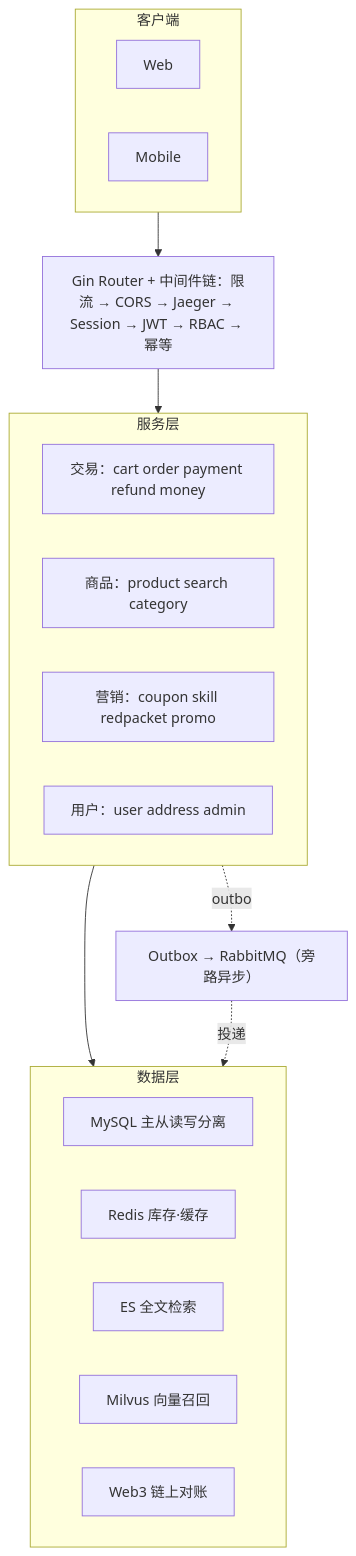
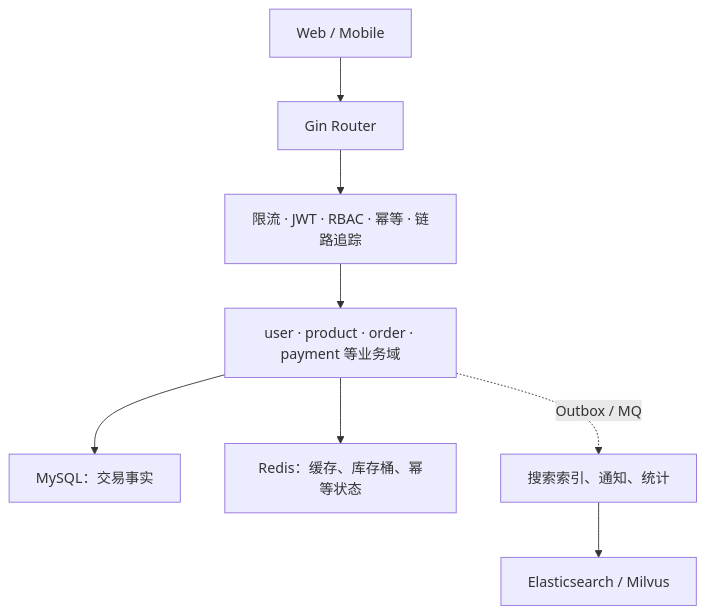
The second of 7 diagrams in docs/lecture/00-overview.md (RedInn7/gomall), drawn with Mermaid before and after one commit. The commit also changed other lines of this file and 2 other files, not shown here.

````diff
--- a/docs/lecture/00-overview.md
+++ b/docs/lecture/00-overview.md
@@ -99,24 +49,10 @@
 ```mermaid
 flowchart TB
-    subgraph cli["客户端"]
-        web["Web"]
-        mob["Mobile"]
-    end
-    gw["Gin Router + 中间件链：限流 → CORS → Jaeger → Session → JWT → RBAC → 幂等"]
-    subgraph svc["服务层"]
-        trade["交易：cart order payment refund money"]
-        prod["商品：product search category"]
-        mkt["营销：coupon skill redpacket promo"]
-        usr["用户：user address admin"]
-    end
-    mq["Outbox → RabbitMQ（旁路异步）"]
-    subgraph data["数据层"]
-        mysql["MySQL 主从读写分离"]
-        redis["Redis 库存·缓存"]
-        es["ES 全文检索"]
-        milvus["Milvus 向量召回"]
-        web3["Web3 链上对账"]
-    end
-    cli --> gw --> svc --> data
-    svc -.outbox.-> mq -.投递.-> data
+    client["Web / Mobile"] --> router["Gin Router"]
+    router --> middleware["限流 · JWT · RBAC · 幂等 · 链路追踪"]
+    middleware --> service["user · product · order · payment 等业务域"]
+    service --> mysql["MySQL：交易事实"]
+    service --> redis["Redis：缓存、库存桶、幂等状态"]
+    service -. "Outbox / MQ" .-> async["搜索索引、通知、统计"]
+    async --> es["Elasticsearch / Milvus"]
 ```
````
